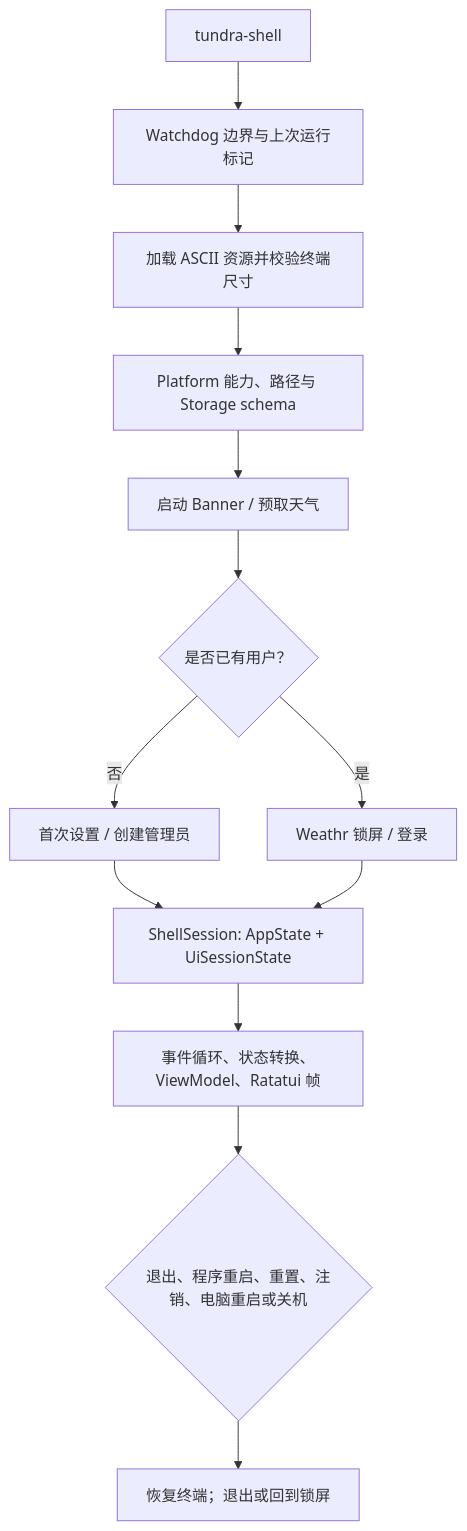
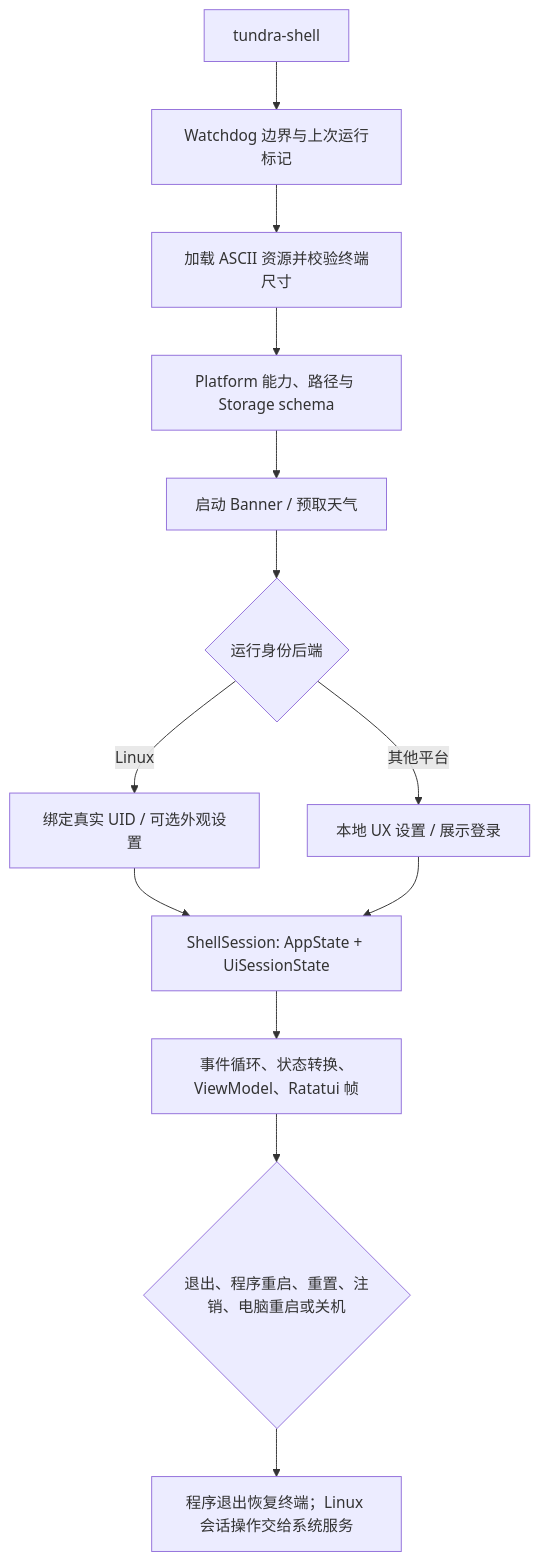
The first of 3 diagrams in README-TECHNICAL.md (peixuanthomas/TundraUX3), drawn with Mermaid before and after one commit. The commit also changed other lines of this file and 1 other file, not shown here.

Commit message:
docs: describe real Linux user sessions and protected authorization

````diff
--- a/README-TECHNICAL.md
+++ b/README-TECHNICAL.md
@@ -100,15 +100,15 @@
 ```mermaid
 flowchart TD
     A["tundra-shell"] --> B["Watchdog 边界与上次运行标记"]
     B --> C["加载 ASCII 资源并校验终端尺寸"]
     C --> D["Platform 能力、路径与 Storage schema"]
     D --> E["启动 Banner / 预取天气"]
-    E --> F{"是否已有用户？"}
-    F -- "否" --> G["首次设置 / 创建管理员"]
-    F -- "是" --> H["Weathr 锁屏 / 登录"]
+    E --> F{"运行身份后端"}
+    F -- "Linux" --> G["绑定真实 UID / 可选外观设置"]
+    F -- "其他平台" --> H["本地 UX 设置 / 展示登录"]
     G --> I["ShellSession: AppState + UiSessionState"]
     H --> I
     I --> J["事件循环、状态转换、ViewModel、Ratatui 帧"]
     J --> K{"退出、程序重启、重置、注销、电脑重启或关机"}
-    K --> L["恢复终端；退出或回到锁屏"]
+    K --> L["程序退出恢复终端；Linux 会话操作交给系统服务"]
 ```
````
